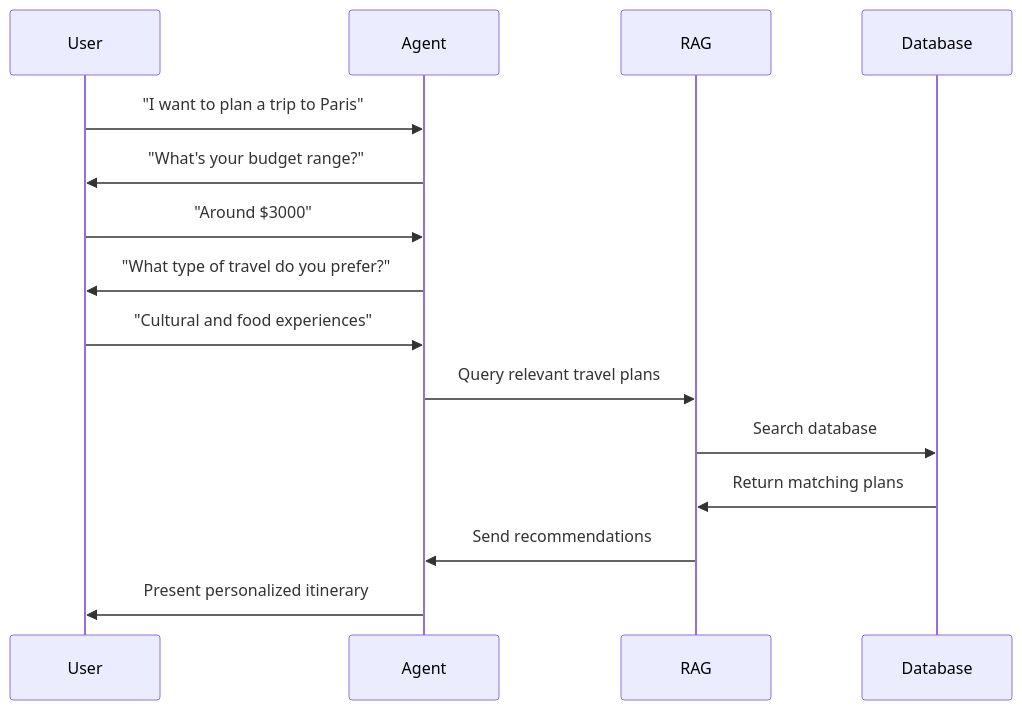
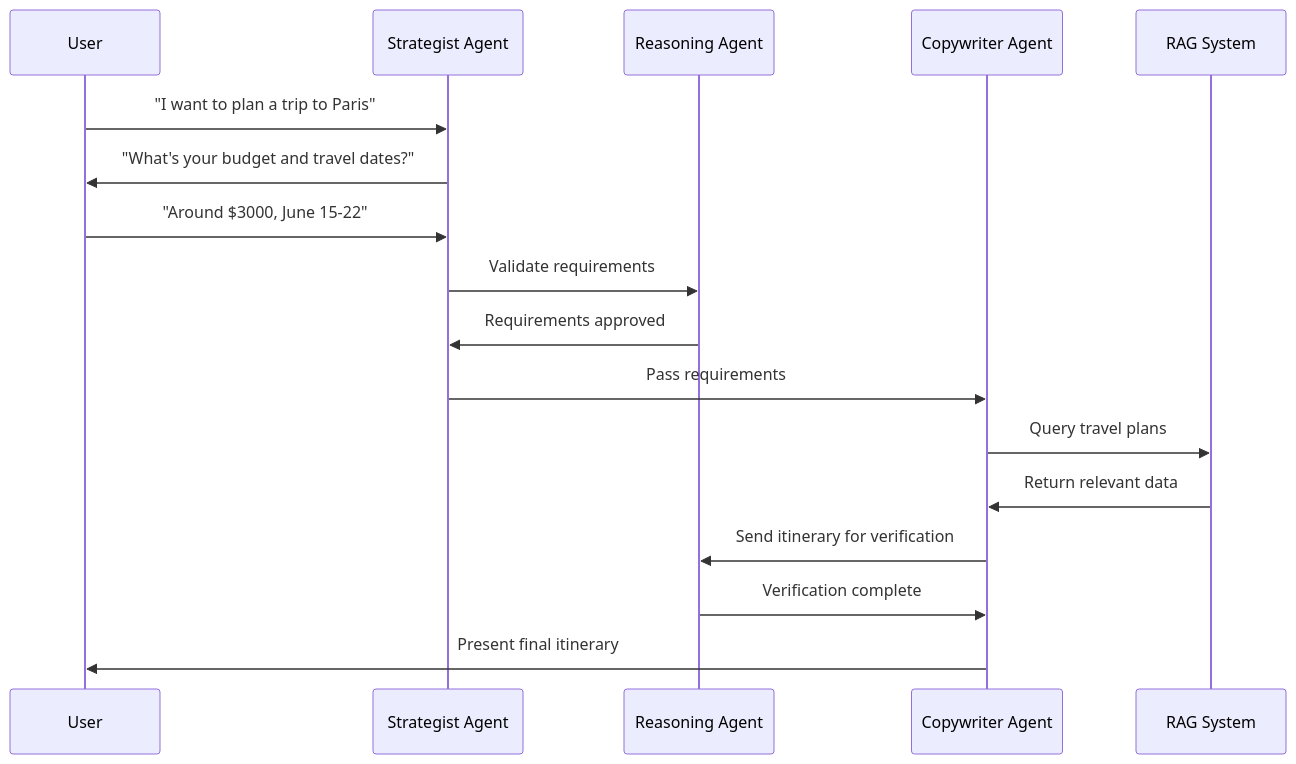
Before and after one commit to saha0073/travel-itinerary-generation: the second of 2 diagrams in workflow_diagram.md, drawn with Mermaid. The commit also changed other lines of this file, not shown here.

````diff
--- a/workflow_diagram.md
+++ b/workflow_diagram.md
@@ -35,22 +48,20 @@
 ```mermaid
 sequenceDiagram
     participant U as User
-    participant A as Agent
-    participant R as RAG
-    participant D as Database
+    participant SA as Strategist Agent
+    participant RA as Reasoning Agent
+    participant CA as Copywriter Agent
+    participant RAG as RAG System
     
-    U->>A: "I want to plan a trip to Paris"
-    A->>U: "What's your budget range?"
-    
-    U->>A: "Around $3000"
-    A->>U: "What type of travel do you prefer?"
-    
-    U->>A: "Cultural and food experiences"
-    A->>R: Query relevant travel plans
-    
-    R->>D: Search database
-    D->>R: Return matching plans
-    R->>A: Send recommendations
-    
-    A->>U: Present personalized itinerary
+    U->>SA: "I want to plan a trip to Paris"
+    SA->>U: "What's your budget and travel dates?"
+    U->>SA: "Around $3000, June 15-22"
+    SA->>RA: Validate requirements
+    RA->>SA: Requirements approved
+    SA->>CA: Pass requirements
+    CA->>RAG: Query travel plans
+    RAG->>CA: Return relevant data
+    CA->>RA: Send itinerary for verification
+    RA->>CA: Verification complete
+    CA->>U: Present final itinerary
 ```
````
